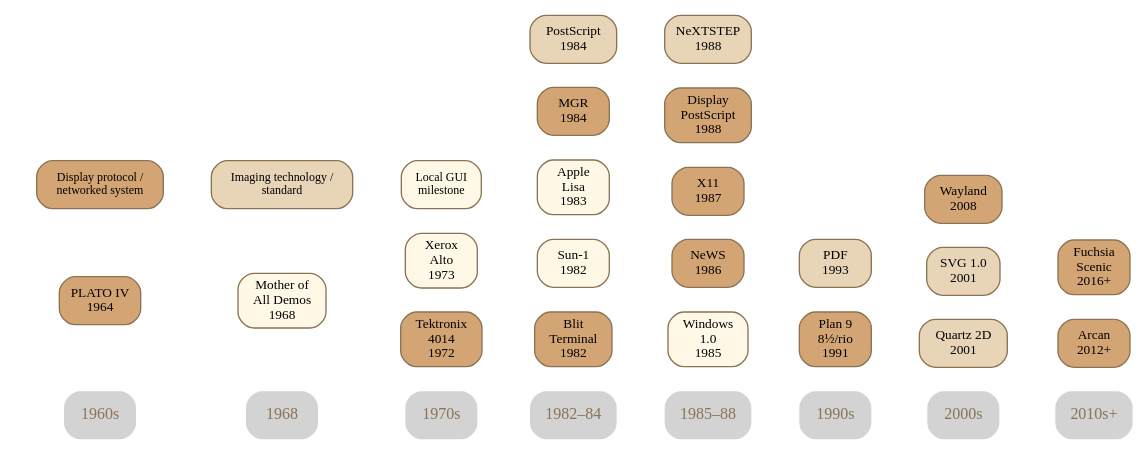
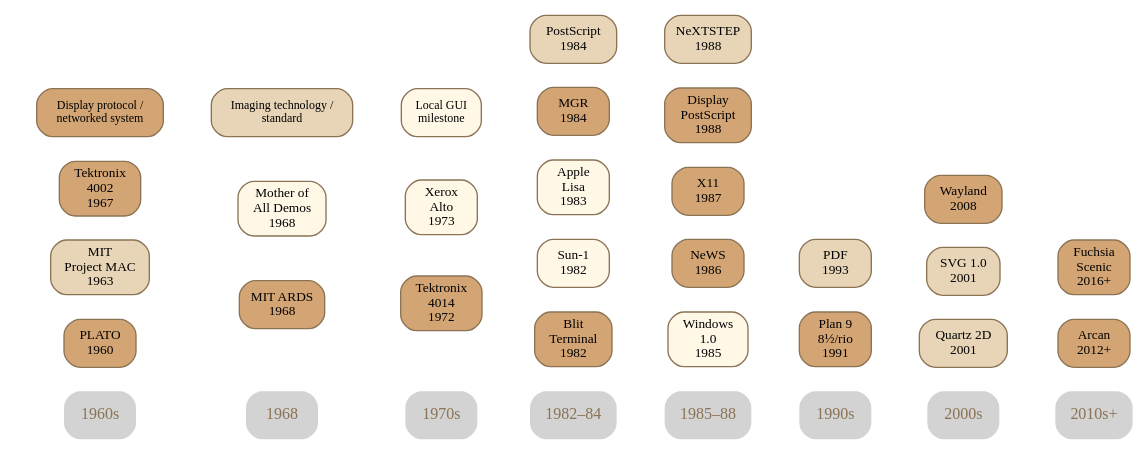
Before and after one commit to OrangeTide/the-mechanical-researcher: the diagram in programmable-display-protocols/timeline.dot, drawn with Graphviz. The commit also changed 9 other files, not shown here.

First line of the commit message:
Revise Programmable Display Protocols article

```diff
--- a/programmable-display-protocols/timeline.dot
+++ b/programmable-display-protocols/timeline.dot
@@ -1,106 +1,112 @@
 digraph timeline {
     rankdir=LR;
     node [shape=box, style="rounded,filled", fontname="IBM Plex Sans", fontsize=10, margin="0.12,0.06"];
     edge [style=invis];  // edges only for ordering within ranks
 
     // Color coding
     // Networked/display protocols: warm brown
     // Non-networked GUIs: cream
     // Milestones: light tan
 
     // Force chronological ordering with invisible edges between era groups
     subgraph {
         rank=same;
         era60 [label="1960s", shape=plaintext, fontsize=12, fontname="IBM Plex Mono", fontcolor="#8B7355"];
-        plato [label="PLATO IV\n1964", fillcolor="#D4A574", color="#8B7355",
-               tooltip="Plasma display terminals, TUTOR language"];
+        plato [label="PLATO\n1960", fillcolor="#D4A574", color="#8B7355",
+               tooltip="Programmable display terminals, TUTOR language, plasma panels"];
+        mac [label="MIT\nProject MAC\n1963", fillcolor="#E8D5B7", color="#8B7355",
+             tooltip="Time-sharing, ARDS terminal, Multics Graphics System"];
+        tek4002 [label="Tektronix\n4002\n1967", fillcolor="#D4A574", color="#8B7355",
+                 tooltip="First Tektronix storage tube graphics terminal"];
     }
 
     subgraph {
         rank=same;
         era68 [label="1968", shape=plaintext, fontsize=12, fontname="IBM Plex Mono", fontcolor="#8B7355"];
+        ards [label="MIT ARDS\n1968", fillcolor="#D4A574", color="#8B7355",
+              tooltip="Storage tube remote graphics terminal, first mouse"];
         demo [label="Mother of\nAll Demos\n1968", fillcolor="#FFF8E7", color="#8B7355",
               tooltip="Engelbart: mouse, hypertext, video conferencing"];
     }
 
     subgraph {
         rank=same;
         era70s [label="1970s", shape=plaintext, fontsize=12, fontname="IBM Plex Mono", fontcolor="#8B7355"];
         tek4014 [label="Tektronix\n4014\n1972", fillcolor="#D4A574", color="#8B7355",
                  tooltip="Vector storage tube terminal, ARPANET graphics"];
         alto [label="Xerox\nAlto\n1973", fillcolor="#FFF8E7", color="#8B7355",
               tooltip="First GUI workstation, bitmap display"];
     }
 
     subgraph {
         rank=same;
         era80a [label="1982–84", shape=plaintext, fontsize=12, fontname="IBM Plex Mono", fontcolor="#8B7355"];
         blit [label="Blit\nTerminal\n1982", fillcolor="#D4A574", color="#8B7355",
               tooltip="Programmable bitmap terminal, 68000 CPU"];
         sun1 [label="Sun-1\n1982", fillcolor="#FFF8E7", color="#8B7355",
               tooltip="Unix workstation, networked from birth"];
         lisa [label="Apple\nLisa\n1983", fillcolor="#FFF8E7", color="#8B7355",
              tooltip="First commercial GUI computer"];
         mgr [label="MGR\n1984", fillcolor="#D4A574", color="#8B7355",
              tooltip="Escape-sequence window system"];
         ps [label="PostScript\n1984", fillcolor="#E8D5B7", color="#8B7355",
             tooltip="Page description language"];
     }
 
     subgraph {
         rank=same;
         era80b [label="1985–88", shape=plaintext, fontsize=12, fontname="IBM Plex Mono", fontcolor="#8B7355"];
         win1 [label="Windows\n1.0\n1985", fillcolor="#FFF8E7", color="#8B7355",
               tooltip="Microsoft's first GUI"];
         news [label="NeWS\n1986", fillcolor="#D4A574", color="#8B7355",
               tooltip="PostScript window system"];
         x11 [label="X11\n1987", fillcolor="#D4A574", color="#8B7355",
              tooltip="MIT X Window System"];
         dps [label="Display\nPostScript\n1988", fillcolor="#D4A574", color="#8B7355",
              tooltip="Adobe rendering protocol"];
         nextstep [label="NeXTSTEP\n1988", fillcolor="#E8D5B7", color="#8B7355",
                   tooltip="DPS-based desktop"];
     }
 
     subgraph {
         rank=same;
         era90s [label="1990s", shape=plaintext, fontsize=12, fontname="IBM Plex Mono", fontcolor="#8B7355"];
         plan9 [label="Plan 9\n8½/rio\n1991", fillcolor="#D4A574", color="#8B7355",
                tooltip="Draw device, file system interface"];
         pdf [label="PDF\n1993", fillcolor="#E8D5B7", color="#8B7355",
              tooltip="Declarative PostScript subset"];
     }
 
     subgraph {
         rank=same;
         era00s [label="2000s", shape=plaintext, fontsize=12, fontname="IBM Plex Mono", fontcolor="#8B7355"];
         quartz [label="Quartz 2D\n2001", fillcolor="#E8D5B7", color="#8B7355",
                 tooltip="macOS PDF-based rendering"];
         svg [label="SVG 1.0\n2001", fillcolor="#E8D5B7", color="#8B7355",
              tooltip="W3C vector graphics"];
         wayland [label="Wayland\n2008", fillcolor="#D4A574", color="#8B7355",
                  tooltip="Buffer-passing compositor"];
     }
 
     subgraph {
         rank=same;
         era10s [label="2010s+", shape=plaintext, fontsize=12, fontname="IBM Plex Mono", fontcolor="#8B7355"];
         arcan [label="Arcan\n2012+", fillcolor="#D4A574", color="#8B7355",
                tooltip="Lua-scriptable display server"];
         scenic [label="Fuchsia\nScenic\n2016+", fillcolor="#D4A574", color="#8B7355",
                 tooltip="Scene graph compositor"];
     }
 
     // Chronological ordering
     era60 -> era68 -> era70s -> era80a -> era80b -> era90s -> era00s -> era10s;
 
     // Legend
     subgraph cluster_legend {
         label=""; labeljust=l; style=invis;
         rank=sink;
         leg_proto [label="Display protocol /\nnetworked system", fillcolor="#D4A574", color="#8B7355", fontsize=9];
         leg_tech [label="Imaging technology /\nstandard", fillcolor="#E8D5B7", color="#8B7355", fontsize=9];
         leg_gui [label="Local GUI\nmilestone", fillcolor="#FFF8E7", color="#8B7355", fontsize=9];
         leg_proto -> leg_tech -> leg_gui [style=invis];
     }
 }
```
